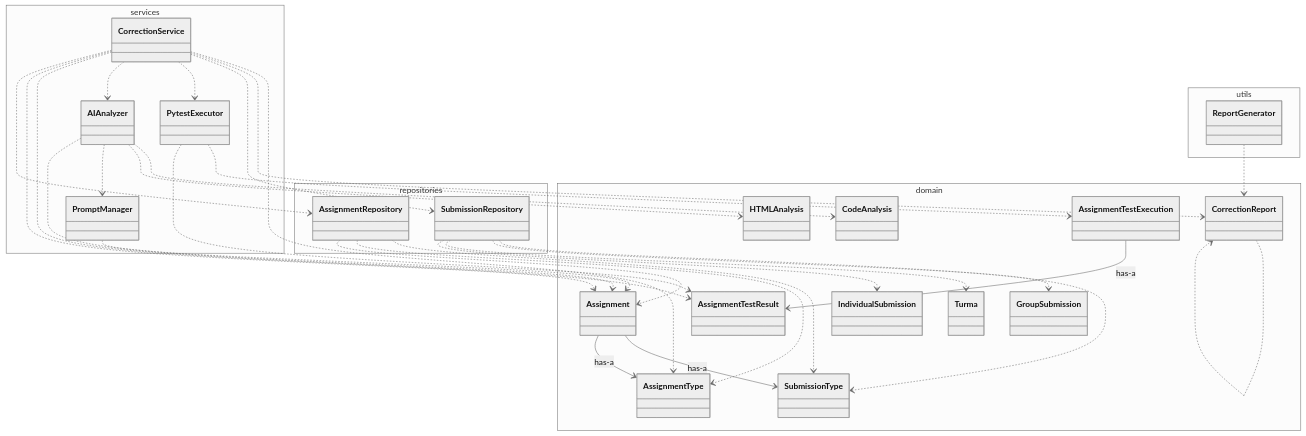
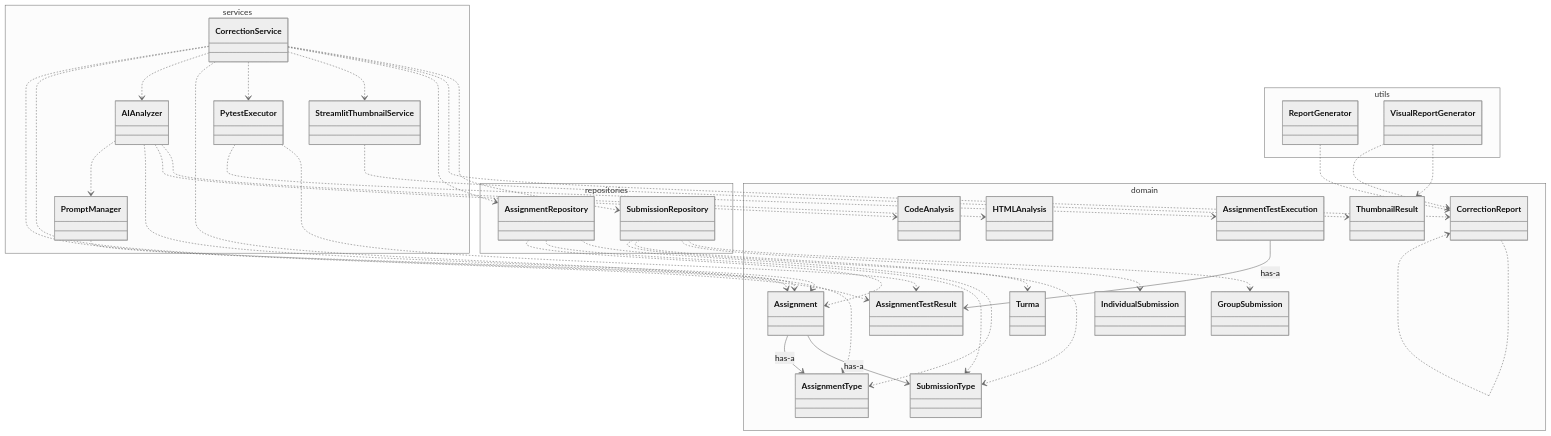
One commit to jeffsantos/corrige-assignments changed the diagram in diagrama_uml.md. Above: the diagram before and after it, drawn with Mermaid (neutral theme). The commit also changed other lines of this file and 5 other files, not shown here.

````diff
--- a/diagrama_uml.md
+++ b/diagrama_uml.md
@@ -19,56 +19,63 @@
 ```mermaid
 classDiagram
     namespace domain {
         class Assignment
         class AssignmentTestExecution
         class AssignmentTestResult
         class AssignmentType
         class CodeAnalysis
         class CorrectionReport
         class GroupSubmission
         class HTMLAnalysis
         class IndividualSubmission
         class SubmissionType
+        class ThumbnailResult
         class Turma
     }
     namespace repositories {
         class AssignmentRepository
         class SubmissionRepository
     }
     namespace services {
         class AIAnalyzer
         class CorrectionService
         class PromptManager
         class PytestExecutor
+        class StreamlitThumbnailService
     }
     namespace utils {
         class ReportGenerator
+        class VisualReportGenerator
     }
     AssignmentTestExecution --> AssignmentTestResult : has-a
     Assignment --> SubmissionType : has-a
     Assignment --> AssignmentType : has-a
     CorrectionReport ..> CorrectionReport
+    AssignmentRepository ..> AssignmentType
     AssignmentRepository ..> SubmissionType
-    AssignmentRepository ..> AssignmentType
     AssignmentRepository ..> Assignment
+    SubmissionRepository ..> GroupSubmission
+    SubmissionRepository ..> IndividualSubmission
     SubmissionRepository ..> SubmissionType
-    SubmissionRepository ..> GroupSubmission
     SubmissionRepository ..> Turma
-    SubmissionRepository ..> IndividualSubmission
+    AIAnalyzer ..> HTMLAnalysis
     AIAnalyzer ..> CodeAnalysis
-    AIAnalyzer ..> HTMLAnalysis
+    AIAnalyzer ..> Assignment
     AIAnalyzer ..> PromptManager
-    AIAnalyzer ..> Assignment
+    CorrectionService ..> SubmissionRepository
+    CorrectionService ..> CorrectionReport
+    CorrectionService ..> AssignmentRepository
+    CorrectionService ..> StreamlitThumbnailService
+    CorrectionService ..> PytestExecutor
     CorrectionService ..> AssignmentType
-    CorrectionService ..> CorrectionReport
-    CorrectionService ..> SubmissionRepository
-    CorrectionService ..> PytestExecutor
     CorrectionService ..> AIAnalyzer
+    CorrectionService ..> Assignment
     CorrectionService ..> AssignmentTestResult
-    CorrectionService ..> Assignment
-    CorrectionService ..> AssignmentRepository
     PromptManager ..> Assignment
+    StreamlitThumbnailService ..> ThumbnailResult
+    PytestExecutor ..> AssignmentTestResult
     PytestExecutor ..> AssignmentTestExecution
-    PytestExecutor ..> AssignmentTestResult
     ReportGenerator ..> CorrectionReport
+    VisualReportGenerator ..> ThumbnailResult
+    VisualReportGenerator ..> CorrectionReport
 ```
````
